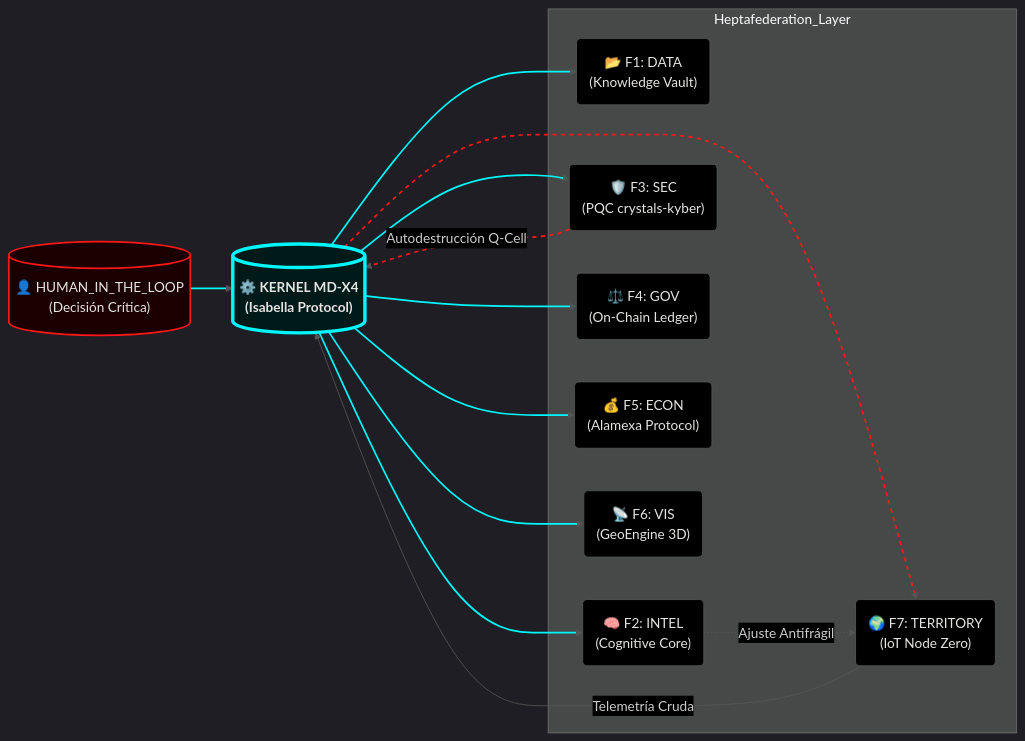
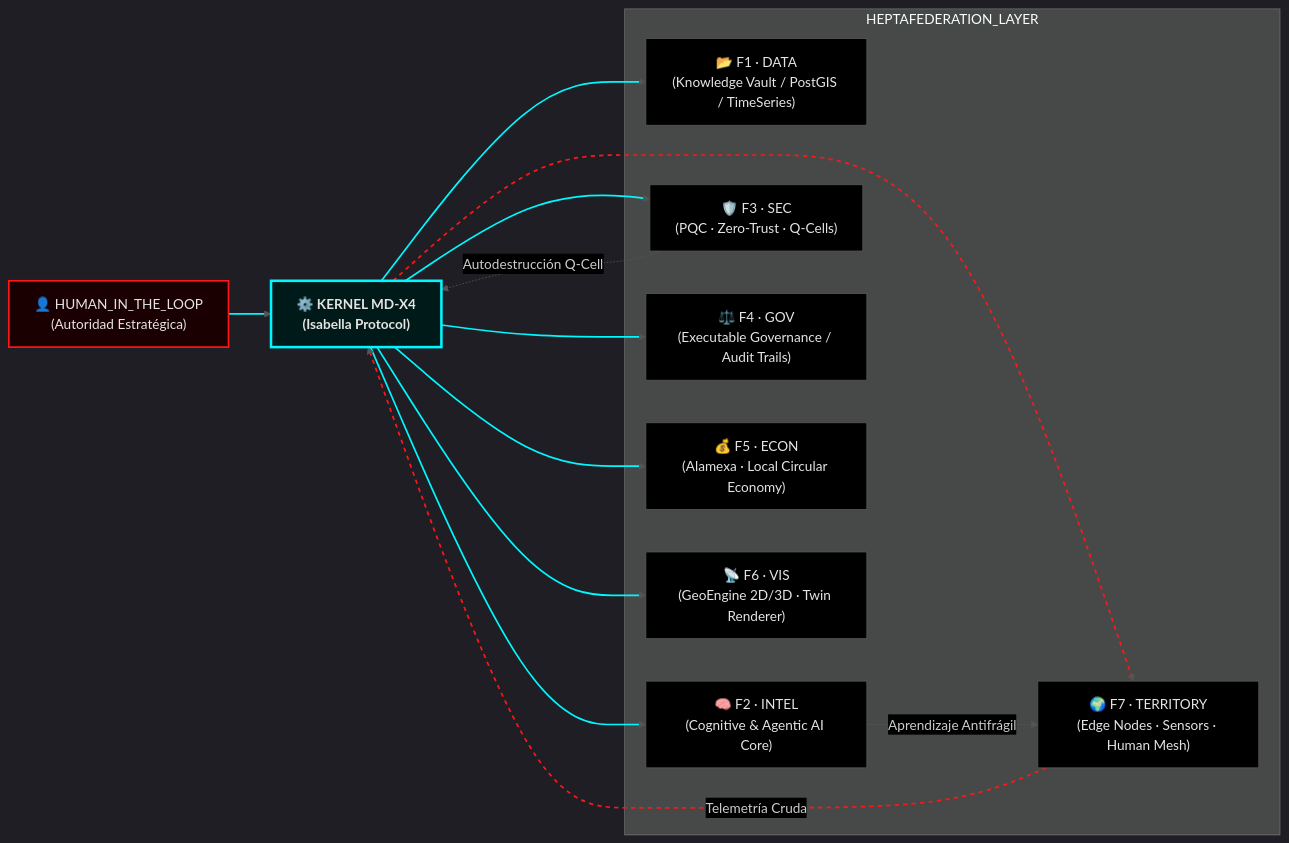
One commit to OsoPanda1/OsoPanda1 changed the second of 2 diagrams in README.md. Above: the diagram before and after it, drawn with Mermaid. The commit also changed other lines of this file, not shown here.

`````diff
--- a/README.md
+++ b/README.md
@@ -52,42 +113,36 @@
 ```mermaid
 %%{init: {'theme': 'dark', 'themeVariables': { 'primaryColor': '#000000', 'edgeLabelBackground':'#000000', 'tertiaryColor': '#000000'}}}%%
 graph LR
-    %% Core Nodes
-    U[("👤 HUMAN_IN_THE_LOOP\n(Decisión Crítica)")]:::human --> K
-    K[("⚙️ KERNEL MD-X4\n(Isabella Protocol)")]:::kernel
+    U["👤 HUMAN_IN_THE_LOOP\n(Autoridad Estratégica)"]:::human --> K
+    K["⚙️ KERNEL MD-X4\n(Isabella Protocol)"]:::kernel
 
-    %% Heptafederation Services
-    K ==> F1:::fed
-    K ==> F2:::fed
-    K ==> F3:::fed
-    K ==> F4:::fed
-    K ==> F5:::fed
-    K ==> F6:::fed
-    K ==> F7:::fed
-
-    %% Service Definitions
-    subgraph Heptafederation_Layer
-        F1("📂 F1: DATA\n(Knowledge Vault)")
-        F2("🧠 F2: INTEL\n(Cognitive Core)")
-        F3("🛡️ F3: SEC\n(PQC crystals-kyber)")
-        F4("⚖️ F4: GOV\n(On-Chain Ledger)")
-        F5("💰 F5: ECON\n(Alamexa Protocol)")
-        F6("📡 F6: VIS\n(GeoEngine 3D)")
-        F7("🌍 F7: TERRITORY\n(IoT Node Zero)")
+    subgraph HEPTAFEDERATION_LAYER
+        F1["📂 F1 · DATA\n(Knowledge Vault / PostGIS / TimeSeries)"]:::fed
+        F2["🧠 F2 · INTEL\n(Cognitive & Agentic AI Core)"]:::fed
+        F3["🛡️ F3 · SEC\n(PQC · Zero-Trust · Q-Cells)"]:::fed
+        F4["⚖️ F4 · GOV\n(Executable Governance / Audit Trails)"]:::fed
+        F5["💰 F5 · ECON\n(Alamexa · Local Circular Economy)"]:::fed
+        F6["📡 F6 · VIS\n(GeoEngine 2D/3D · Twin Renderer)"]:::fed
+        F7["🌍 F7 · TERRITORY\n(Edge Nodes · Sensors · Human Mesh)"]:::fed
     end
 
-    %% Self-Healing Loops
+    K --> F1
+    K --> F2
+    K --> F3
+    K --> F4
+    K --> F5
+    K --> F6
+    K --> F7
+
+    F7 -->|Telemetría Cruda| K
+    F2 -.->|Aprendizaje Antifrágil| F7
     F3 -.->|Autodestrucción Q-Cell| K
-    F2 -.->|Ajuste Antifrágil| F7
-    F7 ==>|Telemetría Cruda| K
 
-    %% Styling
     classDef human stroke:#FF1717,stroke-width:2px,fill:#1A0000,color:#E5E4E2;
-    classDef kernel stroke:#00F7FF,stroke-width:4px,fill:#001A1A,color:#E5E4E2,font-weight:bold;
-    classDef fed stroke:#555,stroke-width:1px,fill:#000000,color:#E5E4E2;
+    classDef kernel stroke:#00F7FF,stroke-width:3px,fill:#001A1A,color:#E5E4E2,font-weight:bold;
+    classDef fed stroke:#555555,stroke-width:1px,fill:#000000,color:#E5E4E2;
 
-    %% Global Theme Overrides for Mermaid within Dark GitHub
-    linkStyle default stroke:#555,stroke-width:1px;
+    linkStyle default stroke:#555555,stroke-width:1px;
     linkStyle 0,1,2,3,4,5,6 stroke:#00F7FF,stroke-width:2px;
-    linkStyle 7,8 stroke:#FF1717,stroke-width:2px,stroke-dasharray: 5 5;
-````
+    linkStyle 7,8 stroke:#FF1717,stroke-width:2px,stroke-dasharray:5 5;
+```
`````
